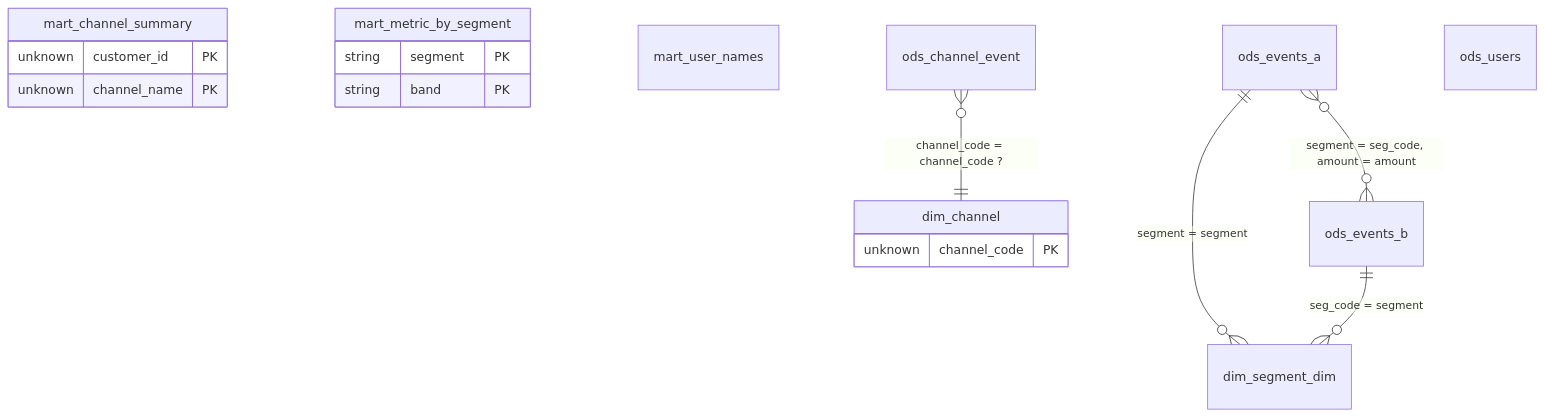
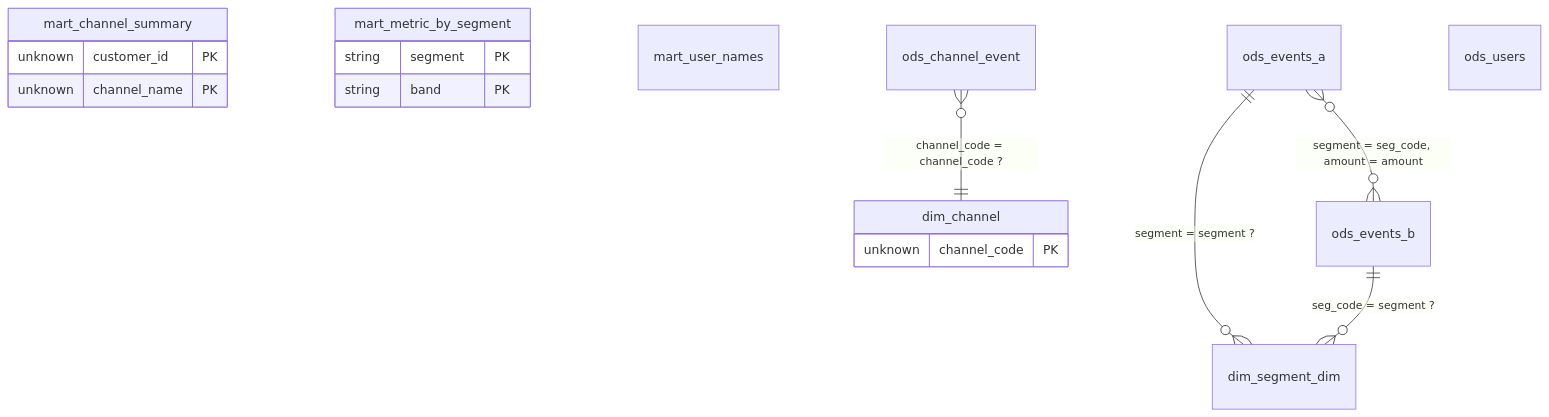
One commit to realyin/scope-lineage changed the diagram in tests/core/fixtures/ontology/appendix.md. Above: the diagram before and after it, drawn with Mermaid. The commit also changed other lines of this file and 10 other files, not shown here.

````diff
--- a/tests/core/fixtures/ontology/appendix.md
+++ b/tests/core/fixtures/ontology/appendix.md
@@ -17,24 +17,24 @@
 ```mermaid
 erDiagram
     dim_channel {
         unknown channel_code PK
     }
     dim_segment_dim
     mart_channel_summary {
         unknown customer_id PK
         unknown channel_name PK
     }
     mart_metric_by_segment {
         string segment PK
         string band PK
     }
     mart_user_names
     ods_channel_event
     ods_events_a
     ods_events_b
     ods_users
     ods_channel_event }o--|| dim_channel : "channel_code = channel_code ?"
-    ods_events_a ||--o{ dim_segment_dim : "segment = segment"
+    ods_events_a ||--o{ dim_segment_dim : "segment = segment ?"
     ods_events_a }o--o{ ods_events_b : "segment = seg_code, amount = amount"
-    ods_events_b ||--o{ dim_segment_dim : "seg_code = segment"
+    ods_events_b ||--o{ dim_segment_dim : "seg_code = segment ?"
 ```
````
